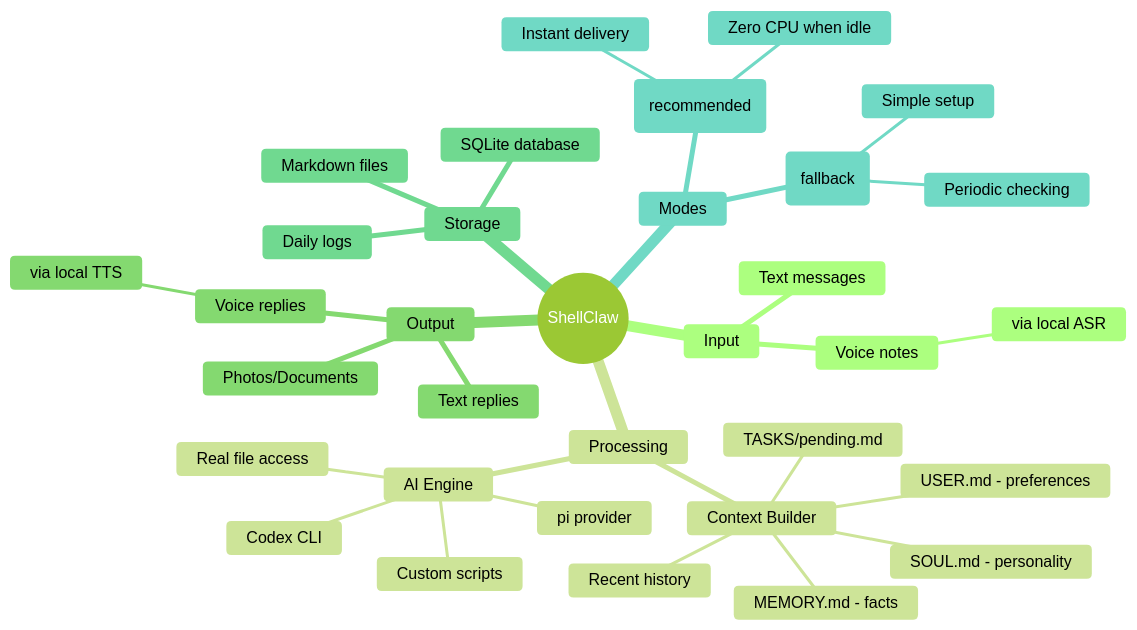
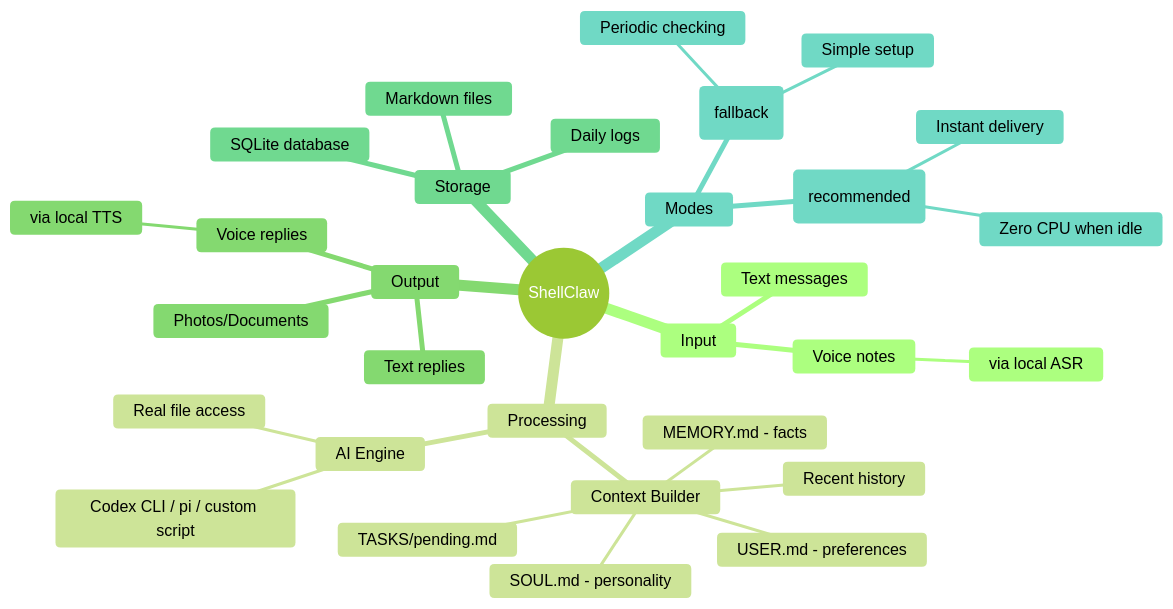
Before and after one commit to lsj5031/ShellClaw: the second of 3 diagrams in README.md, drawn with Mermaid (forest theme). The commit also changed other lines of this file and 1 other file, not shown here.

First line of the commit message:
docs: update README and AGENTS for multi-provider support and user-friendliness

````diff
--- a/README.md
+++ b/README.md
@@ -137,36 +121,34 @@
 ```mermaid
 mindmap
   root((ShellClaw))
     Input
       Text messages
       Voice notes
         via local ASR
     Processing
       Context Builder
         SOUL.md - personality
         USER.md - preferences
         MEMORY.md - facts
         TASKS/pending.md
         Recent history
       AI Engine
-        Codex CLI
-        pi provider
-        Custom scripts
+        Codex CLI / pi / custom script
         Real file access
     Output
       Text replies
       Voice replies
         via local TTS
       Photos/Documents
     Storage
       SQLite database
       Markdown files
       Daily logs
     Modes
       Webhook (recommended)
         Instant delivery
         Zero CPU when idle
       Polling (fallback)
         Simple setup
         Periodic checking
 ```
````
